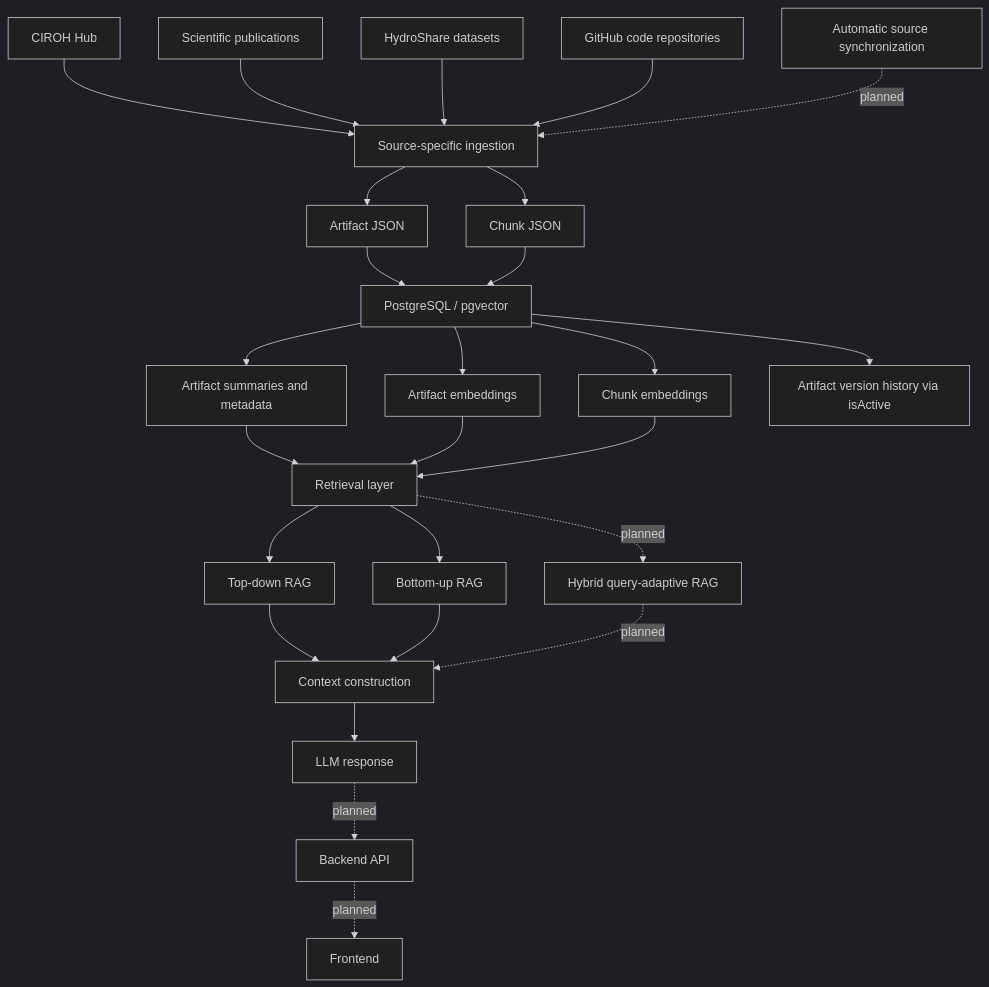
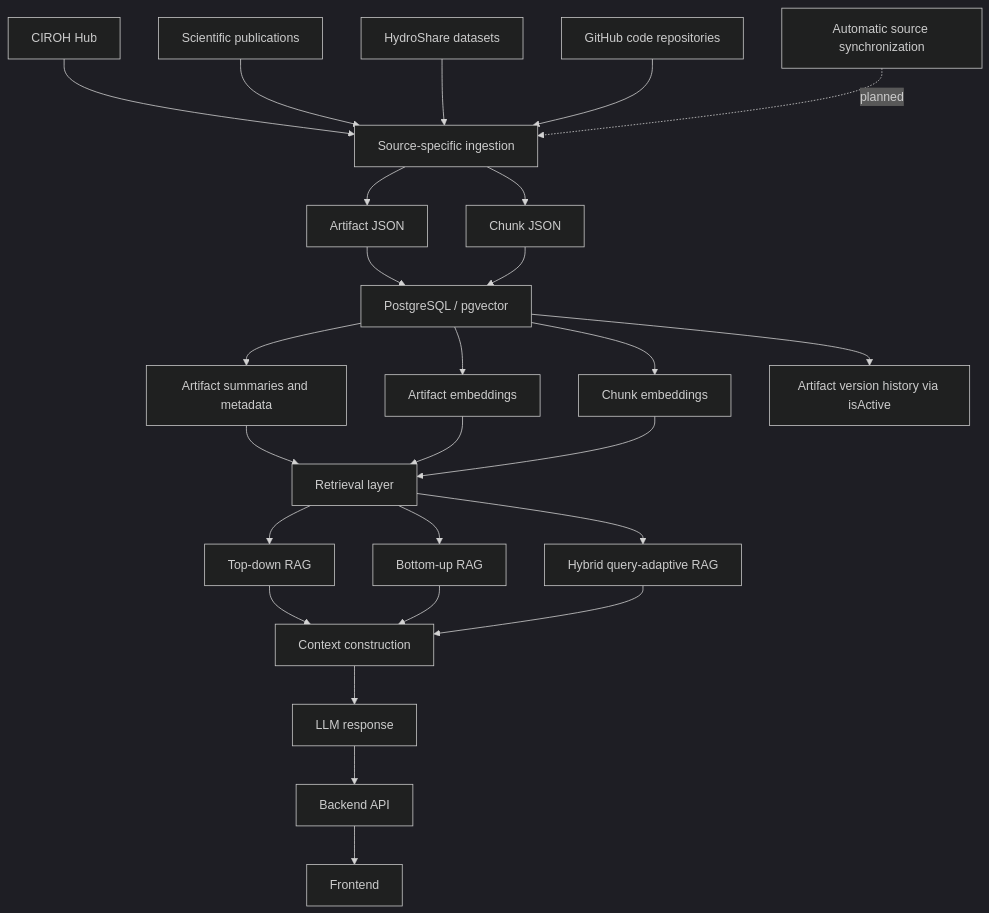
One commit to sli90/CIROH-DocuHub_Chatbot changed diagram 19 of 19 in README.md. Above: the diagram before and after it, drawn with Mermaid (dark theme). The commit also changed other lines of this file and 2 other files, not shown here.

````diff
--- a/README.md
+++ b/README.md
@@ -659,36 +714,36 @@
 ```mermaid
 flowchart TD
     H[CIROH Hub] --> I[Source-specific ingestion]
     P[Scientific publications] --> I
     D[HydroShare datasets] --> I
     G[GitHub code repositories] --> I
 
     I --> AJ[Artifact JSON]
     I --> CJ[Chunk JSON]
 
     AJ --> DB[PostgreSQL / pgvector]
     CJ --> DB
 
     DB --> AS[Artifact summaries and metadata]
     DB --> AE[Artifact embeddings]
     DB --> CE[Chunk embeddings]
 
     AS --> R[Retrieval layer]
     AE --> R
     CE --> R
 
     R --> TD[Top-down RAG]
     R --> BU[Bottom-up RAG]
-    R -. planned .-> HY[Hybrid query-adaptive RAG]
+    R --> HY[Hybrid query-adaptive RAG]
 
     TD --> C[Context construction]
     BU --> C
-    HY -. planned .-> C
+    HY --> C
 
     C --> L[LLM response]
-    L -. planned .-> API[Backend API]
-    API -. planned .-> F[Frontend]
+    L --> API[Backend API]
+    API --> F[Frontend]
 
     SYNC[Automatic source synchronization] -. planned .-> I
     DB --> V[Artifact version history via isActive]
 ```
````
